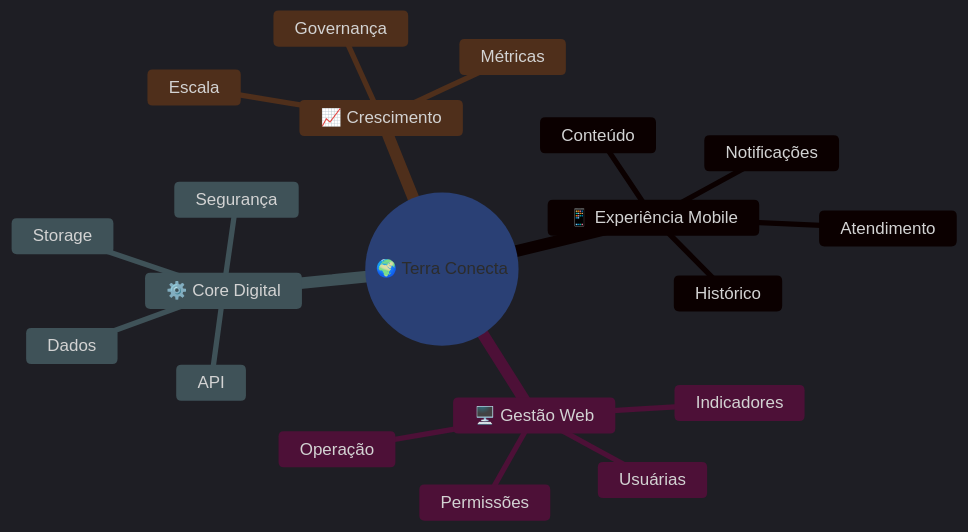
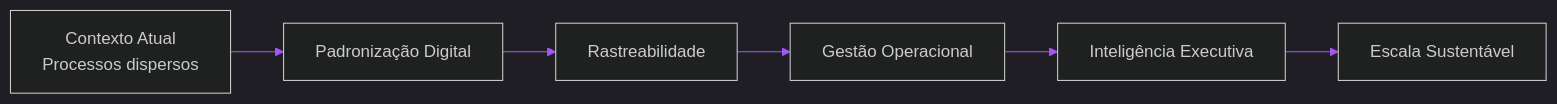
The first of 8 diagrams in test.md (matheusdiamantino-betalent/questions-ai), drawn with Mermaid before and after one commit. The commit also changed other lines of this file, not shown here.

````diff
--- a/test.md
+++ b/test.md
@@ -65,36 +100,21 @@
 ```mermaid
 %%{init: {
 'theme':'dark',
 'themeVariables':{
 'background':'#050816',
 'primaryColor':'#00E5FF',
 'primaryTextColor':'#F8FAFC',
 'primaryBorderColor':'#39FF14',
-'lineColor':'#8B5CF6',
-'secondaryColor':'#0F172A',
+'lineColor':'#A855F7',
+'secondaryColor':'#111827',
 'secondaryTextColor':'#F8FAFC',
-'tertiaryColor':'#111827',
+'tertiaryColor':'#0B1220',
 'tertiaryTextColor':'#F8FAFC'
 }}}%%
-mindmap
-root((🌍 Terra Conecta))
-  📱 Experiência Mobile
-    Atendimento
-    Conteúdo
-    Histórico
-    Notificações
-  🖥️ Gestão Web
-    Usuárias
-    Operação
-    Indicadores
-    Permissões
-  ⚙️ Core Digital
-    API
-    Dados
-    Segurança
-    Storage
-  📈 Crescimento
-    Métricas
-    Governança
-    Escala
+flowchart LR
+A[Contexto Atual<br/>Processos dispersos] --> B[Padronização Digital]
+B --> C[Rastreabilidade]
+C --> D[Gestão Operacional]
+D --> E[Inteligência Executiva]
+E --> F[Escala Sustentável]
 ```
````
